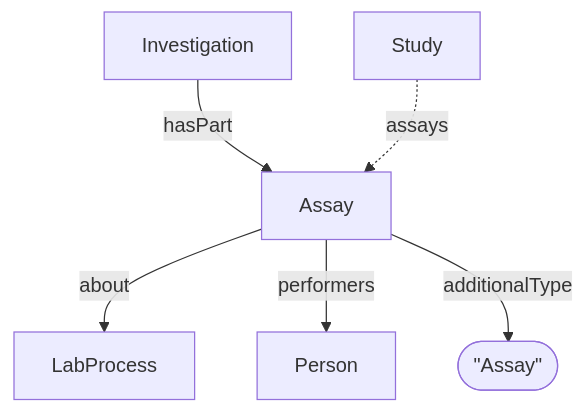
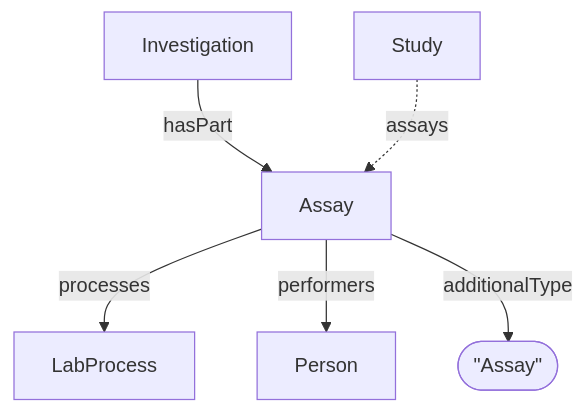
One commit to HLWeil/ProcessCore changed the diagram in spec/decorations/isa/Assay.md. Above: the diagram before and after it, drawn with Mermaid. The commit also changed other lines of this file and 9 other files, not shown here.

````diff
--- a/spec/decorations/isa/Assay.md
+++ b/spec/decorations/isa/Assay.md
@@ -19,12 +19,12 @@
 ```mermaid
 flowchart TD
 
     at@{ shape: stadium, label: "\"Assay\"" }
 
     Investigation --hasPart--> Assay
     Study -.assays.-> Assay
-    Assay --about--> LabProcess
+    Assay --processes--> LabProcess
     Assay --performers--> Person
     Assay --additionalType--> at
 
 ```
````
